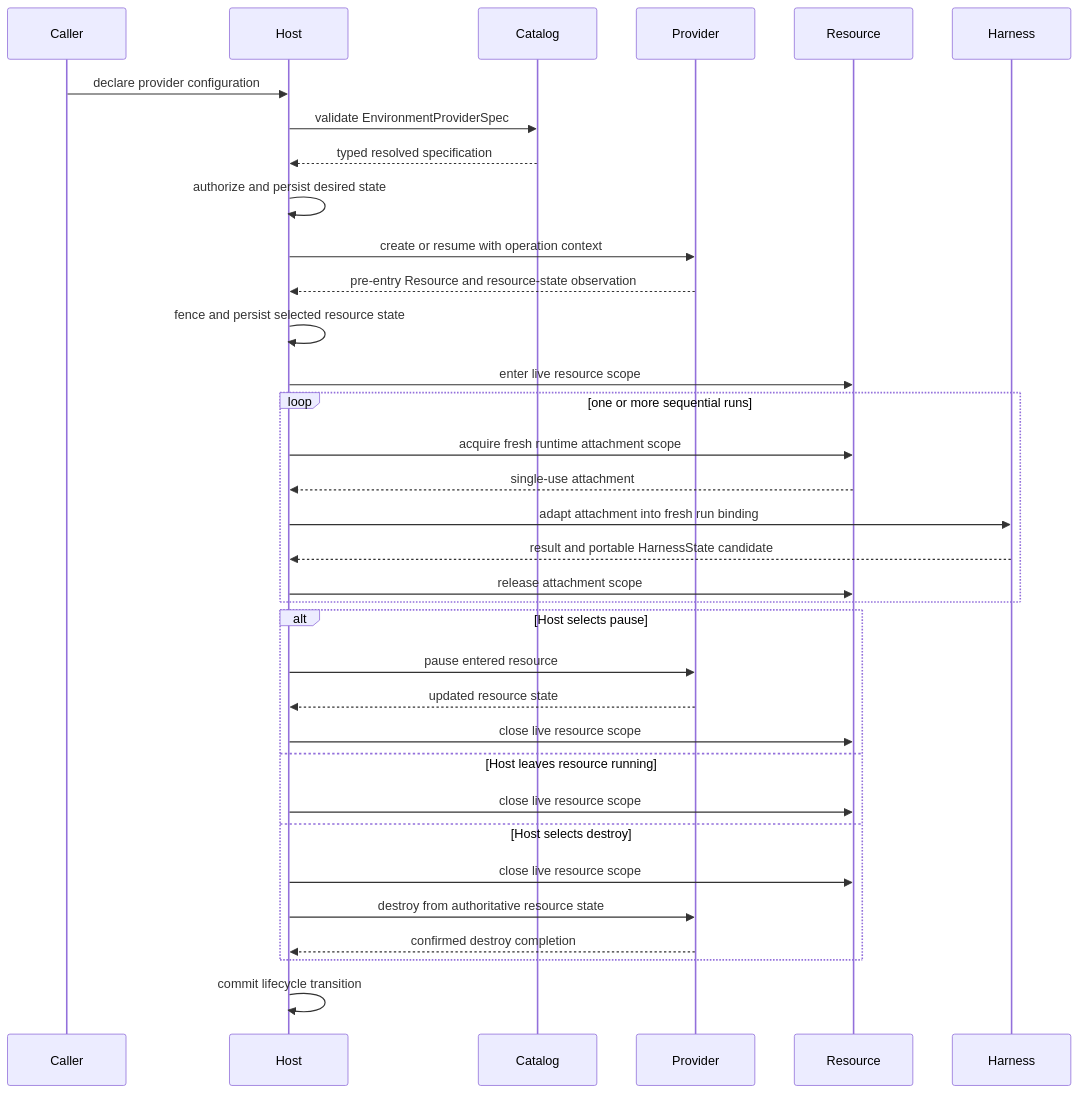
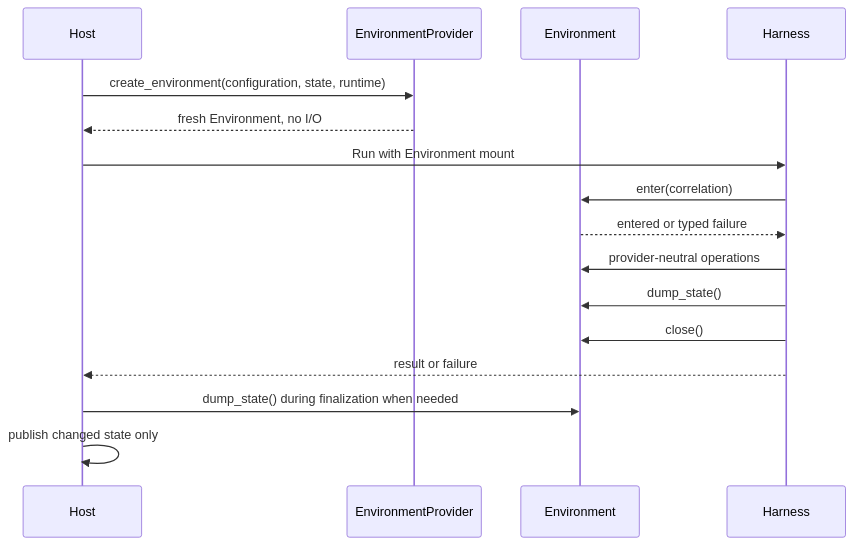
One commit to LTThreeComma/agent-foundation changed the second of 3 diagrams in spec/agent-environment-provider/00-overview.md. Above: the diagram before and after it, drawn with Mermaid. The commit also changed other lines of this file and 188 other files, not shown here.

First line of the commit message:
feat(harness): rework environment and host ownership (#82)

````diff
--- a/spec/agent-environment-provider/00-overview.md
+++ b/spec/agent-environment-provider/00-overview.md
@@ -75,37 +79,19 @@
 ```mermaid
 sequenceDiagram
-    participant Caller
     participant Host
-    participant Catalog
-    participant Provider
-    participant Resource
+    participant Provider as EnvironmentProvider
+    participant Environment
     participant Harness
 
-    Caller->>Host: declare provider configuration
-    Host->>Catalog: validate EnvironmentProviderSpec
-    Catalog-->>Host: typed resolved specification
-    Host->>Host: authorize and persist desired state
-    Host->>Provider: create or resume with operation context
-    Provider-->>Host: pre-entry Resource and resource-state observation
-    Host->>Host: fence and persist selected resource state
-    Host->>Resource: enter live resource scope
-    loop one or more sequential runs
-        Host->>Resource: acquire fresh runtime attachment scope
-        Resource-->>Host: single-use attachment
-        Host->>Harness: adapt attachment into fresh run binding
-        Harness-->>Host: result and portable HarnessState candidate
-        Host->>Resource: release attachment scope
-    end
-    alt Host selects pause
-        Host->>Provider: pause entered resource
-        Provider-->>Host: updated resource state
-        Host->>Resource: close live resource scope
-    else Host leaves resource running
-        Host->>Resource: close live resource scope
-    else Host selects destroy
-        Host->>Resource: close live resource scope
-        Host->>Provider: destroy from authoritative resource state
-        Provider-->>Host: confirmed destroy completion
-    end
-    Host->>Host: commit lifecycle transition
+    Host->>Provider: create_environment(configuration, state, runtime)
+    Provider-->>Host: fresh Environment, no I/O
+    Host->>Harness: Run with Environment mount
+    Harness->>Environment: enter(correlation)
+    Environment-->>Harness: entered or typed failure
+    Harness->>Environment: provider-neutral operations
+    Harness->>Environment: dump_state()
+    Harness->>Environment: close()
+    Harness-->>Host: result or failure
+    Host->>Environment: dump_state() during finalization when needed
+    Host->>Host: publish changed state only
 ```
````
